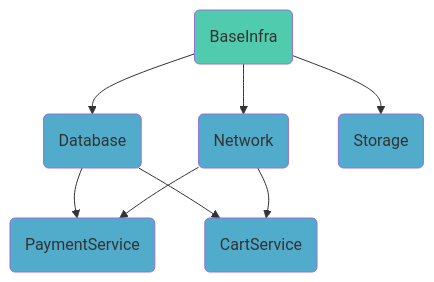
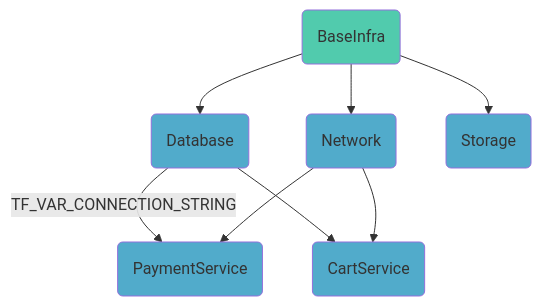
Before and after one commit to spacelift-io/user-documentation: the sixth of 9 diagrams in docs/concepts/stack/stack-dependencies.md, drawn with Mermaid. The commit also changed other lines of this file and 5 other files, not shown here.

````diff
--- a/docs/concepts/stack/stack-dependencies.md
+++ b/docs/concepts/stack/stack-dependencies.md
@@ -71,17 +155,17 @@
 ```mermaid
 graph TD;
     baseInfraColor(BaseInfra)-->databaseColor(Database);
     baseInfraColor(BaseInfra)-->networkColor(Network);
     baseInfraColor(BaseInfra)-->storageColor(Storage);
-    databaseColor(Database)-->paymentSvcColor(PaymentService);
+    databaseColor(Database)-->|TF_VAR_CONNECTION_STRING|paymentSvcColor(PaymentService);
     networkColor(Network)-->paymentSvcColor(PaymentService);
     databaseColor(Database)-->cartSvcColor(CartService);
     networkColor(Network)-->cartSvcColor(CartService);
 
     style baseInfraColor fill:#51cbad
     style networkColor fill:#51abcb
     style paymentSvcColor fill:#51abcb
     style cartSvcColor fill:#51abcb
     style storageColor fill:#51abcb
     style databaseColor fill:#51abcb
 ```
````
